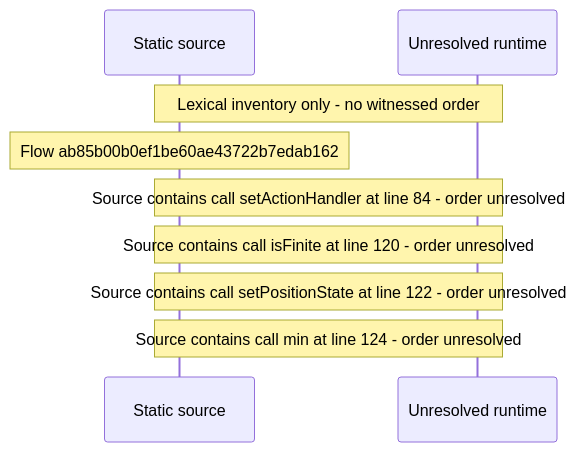
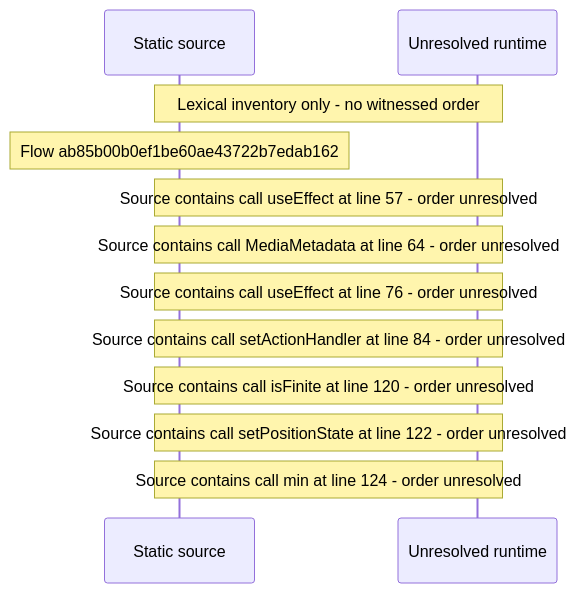
The diagram in docs/web/flows/generated/ab85b00b0ef1be60ae43722b7edab162/flow-diagram.md (beamfall/core), drawn with Mermaid before and after one commit. The commit also changed other lines of this file and 699 other files, not shown here.

Commit message:
Regenerate the web flow record with flow generator version 5

````diff
--- a/docs/web/flows/generated/ab85b00b0ef1be60ae43722b7edab162/flow-diagram.md
+++ b/docs/web/flows/generated/ab85b00b0ef1be60ae43722b7edab162/flow-diagram.md
@@ -10,11 +10,14 @@
 ```mermaid
 sequenceDiagram
     participant S as Static source
     participant U as Unresolved runtime
     Note over S,U: Lexical inventory only - no witnessed order
     Note over S: Flow ab85b00b0ef1be60ae43722b7edab162
+    Note over S,U: Source contains call useEffect at line 57 - order unresolved
+    Note over S,U: Source contains call MediaMetadata at line 64 - order unresolved
+    Note over S,U: Source contains call useEffect at line 76 - order unresolved
     Note over S,U: Source contains call setActionHandler at line 84 - order unresolved
     Note over S,U: Source contains call isFinite at line 120 - order unresolved
     Note over S,U: Source contains call setPositionState at line 122 - order unresolved
     Note over S,U: Source contains call min at line 124 - order unresolved
 ```
````
